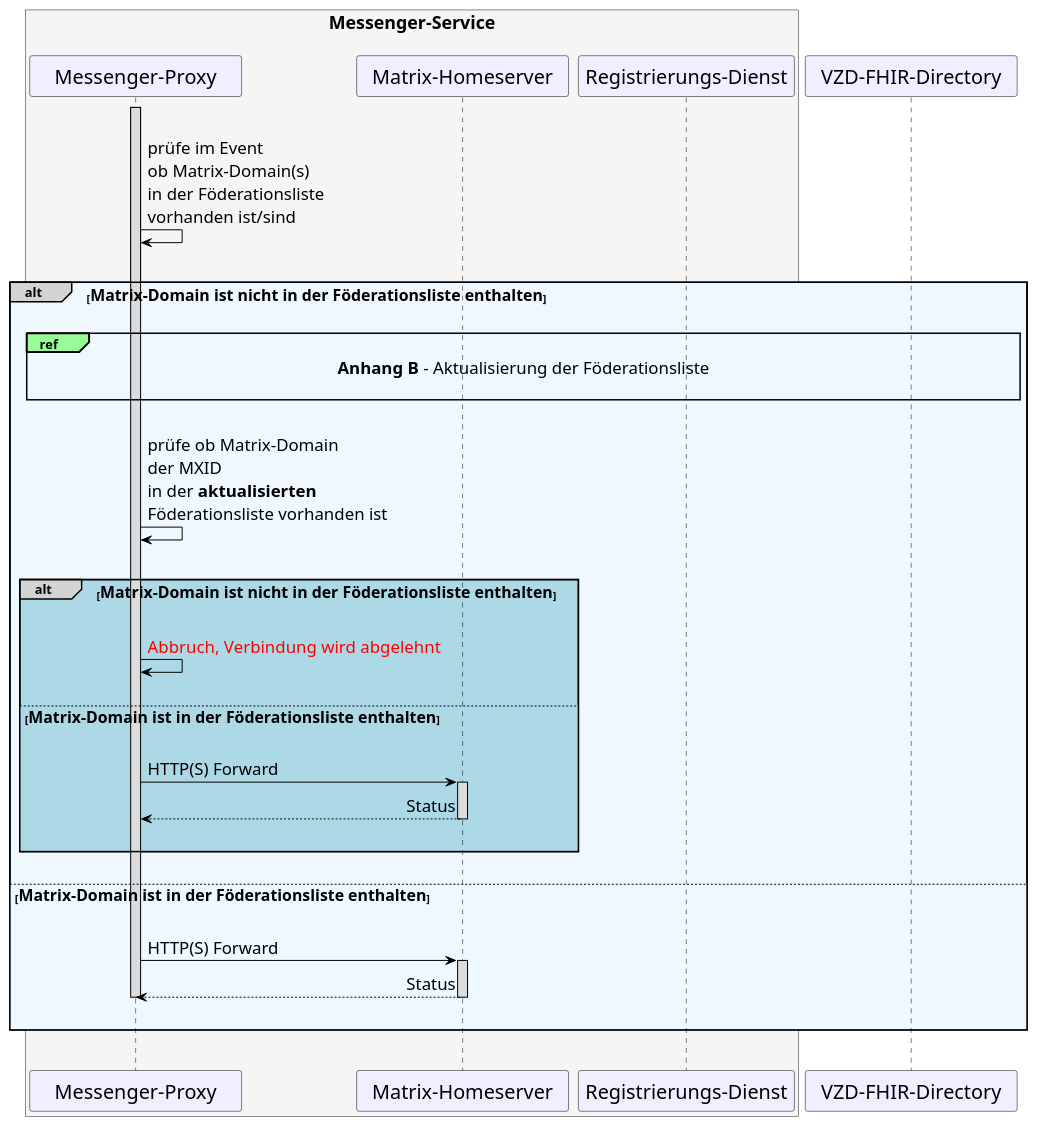
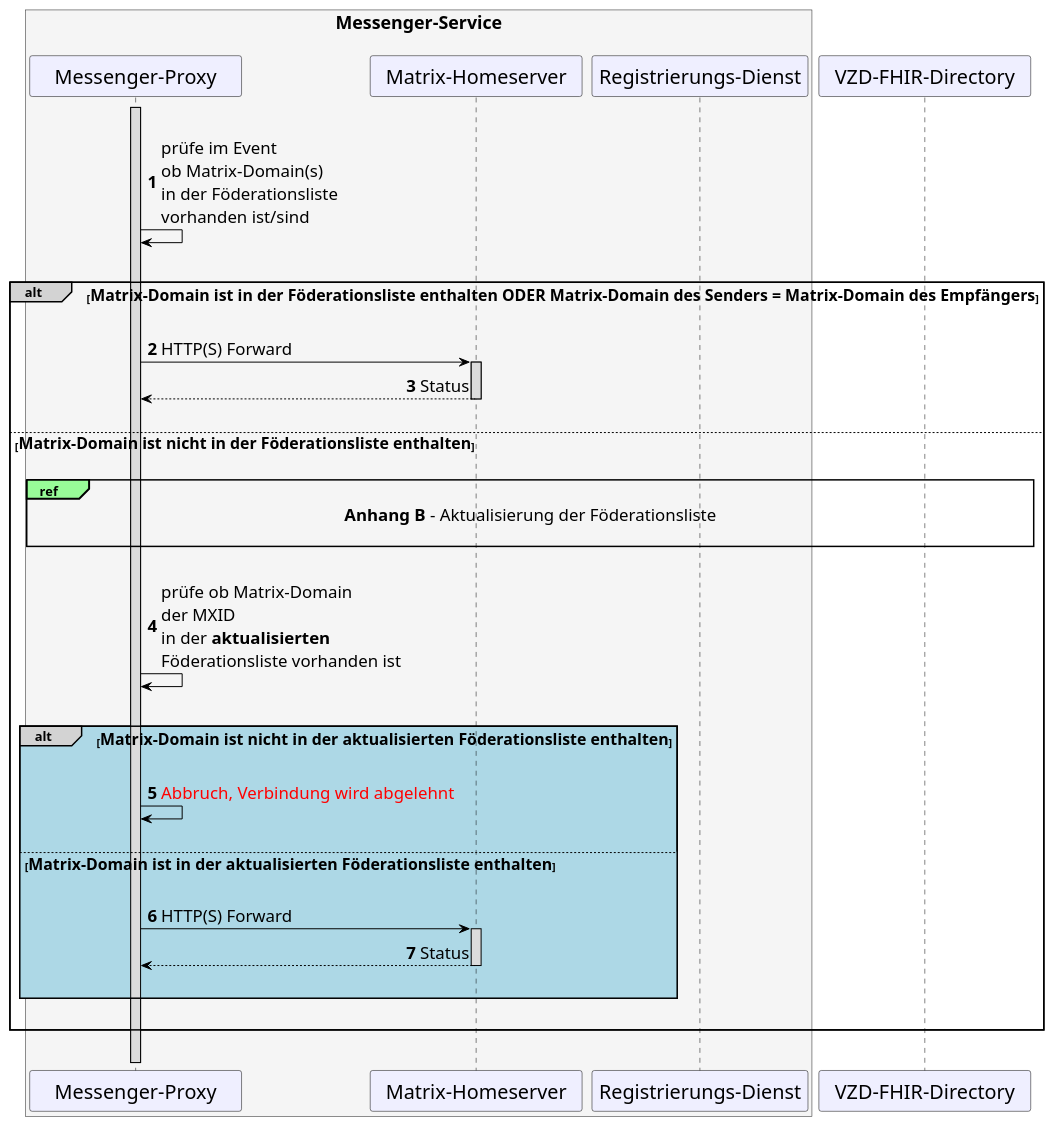
The diagram in src/plantuml/TI-Messenger-Dienst/Ressourcen/UC_10064_Seq.puml (gematik/api-ti-messenger), drawn with PlantUML before and after one commit. The commit also changed 11 other files, not shown here.

```diff
--- a/src/plantuml/TI-Messenger-Dienst/Ressourcen/UC_10064_Seq.puml
+++ b/src/plantuml/TI-Messenger-Dienst/Ressourcen/UC_10064_Seq.puml
@@ -9,73 +9,77 @@
 @startuml
 skinparam sequenceMessageAlign direction
 skinparam minClassWidth 200
 skinparam BoxPadding 1
 skinparam sequenceReferenceHeaderBackgroundColor palegreen
 scale max 2048 width
 
 skinparam sequence {
 ArrowColor black
 ArrowFontSize 17
 ActorBorderColor black
 LifeLineBorderColor black
 LifeLineBackgroundColor Gainsboro
 
 ParticipantBorderColor Motivation
 ParticipantBackgroundColor Motivation
 ParticipantFontName Impact
 ParticipantFontSize 20
 ParticipantFontColor black
 ParticipantBorderColor Black
 ParticipantBackgroundColor MOTIVATION
 
 ActorBackgroundColor Gainsboro
 ActorFontColor black
 ActorFontSize 20
 ActorFontName Aapex
 }
+
+autonumber
+
     box <size:18>Messenger-Service\n#WhiteSmoke
     participant MP as "Messenger-Proxy"
     participant MH as "Matrix-Homeserver"
     participant RD as "Registrierungs-Dienst"
     end box
     participant VZD as "VZD-FHIR-Directory"
 
 |||
     Activate MP
   MP->MP: prüfe im Event\nob Matrix-Domain(s) \nin der Föderationsliste \nvorhanden ist/sind
 
 |||
-alt#LightGrey #AliceBlue <size:16>Matrix-Domain ist nicht in der Föderationsliste enthalten</size>
-|||  
+alt#LightGrey  <size:16>Matrix-Domain ist in der Föderationsliste enthalten ODER Matrix-Domain des Senders = Matrix-Domain des Empfängers</size>
+    ||| 
+    MP->MH: HTTP(S) Forward
+      Activate MH
+    MH-->MP: Status
+      Deactivate MH
+      'Deactivate MP
+    ||| 
 
+
+  else <size:16>Matrix-Domain ist nicht in der Föderationsliste enthalten</size> 
+  |||  
   ref over MP, VZD: <size:17>**Anhang B** - Aktualisierung der Föderationsliste</size>\n 
   |||
   MP->MP: prüfe ob Matrix-Domain \nder MXID \nin der **aktualisierten** \nFöderationsliste vorhanden ist
   |||
 
-    alt#LightGrey #LightBlue <size:16>Matrix-Domain ist nicht in der Föderationsliste enthalten</size>
+    alt#LightGrey #LightBlue <size:16>Matrix-Domain ist nicht in der aktualisierten Föderationsliste enthalten</size>
       |||
       MP->MP: <font color=red>Abbruch, Verbindung wird abgelehnt</font>
       ||| 
-      else <size:16>Matrix-Domain ist in der Föderationsliste enthalten</size>
+      else <size:16>Matrix-Domain ist in der aktualisierten Föderationsliste enthalten</size>
       |||
          MP->MH: HTTP(S) Forward
           Activate MH
         MH-->MP: Status
           Deactivate MH
       |||
     end
 
   |||
-  else <size:16>Matrix-Domain ist in der Föderationsliste enthalten</size>
-    ||| 
-    MP->MH: HTTP(S) Forward
-      Activate MH
-    MH-->MP: Status
-      Deactivate MH
-      Deactivate MP
-    ||| 
 
 end
 |||
 @enduml
```
